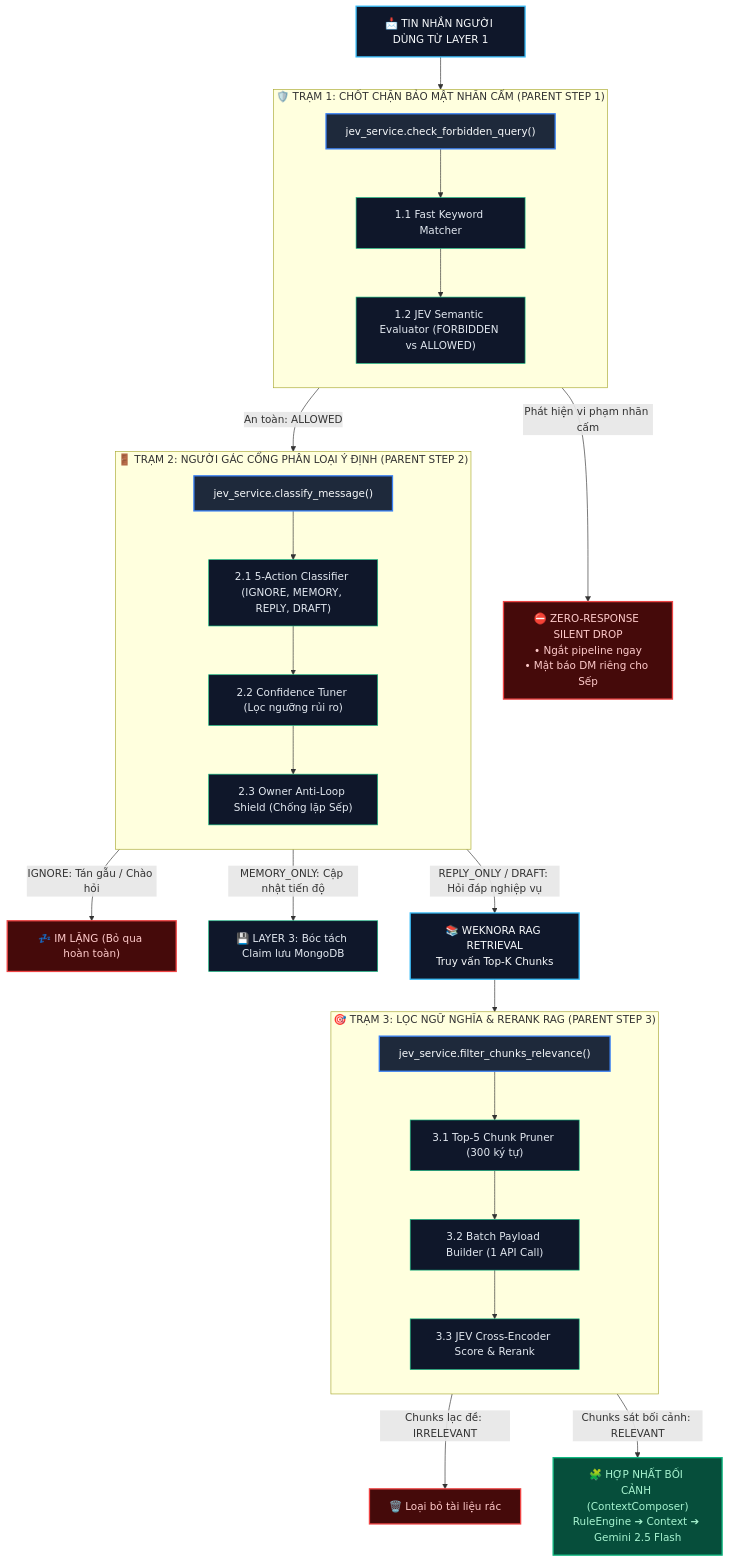
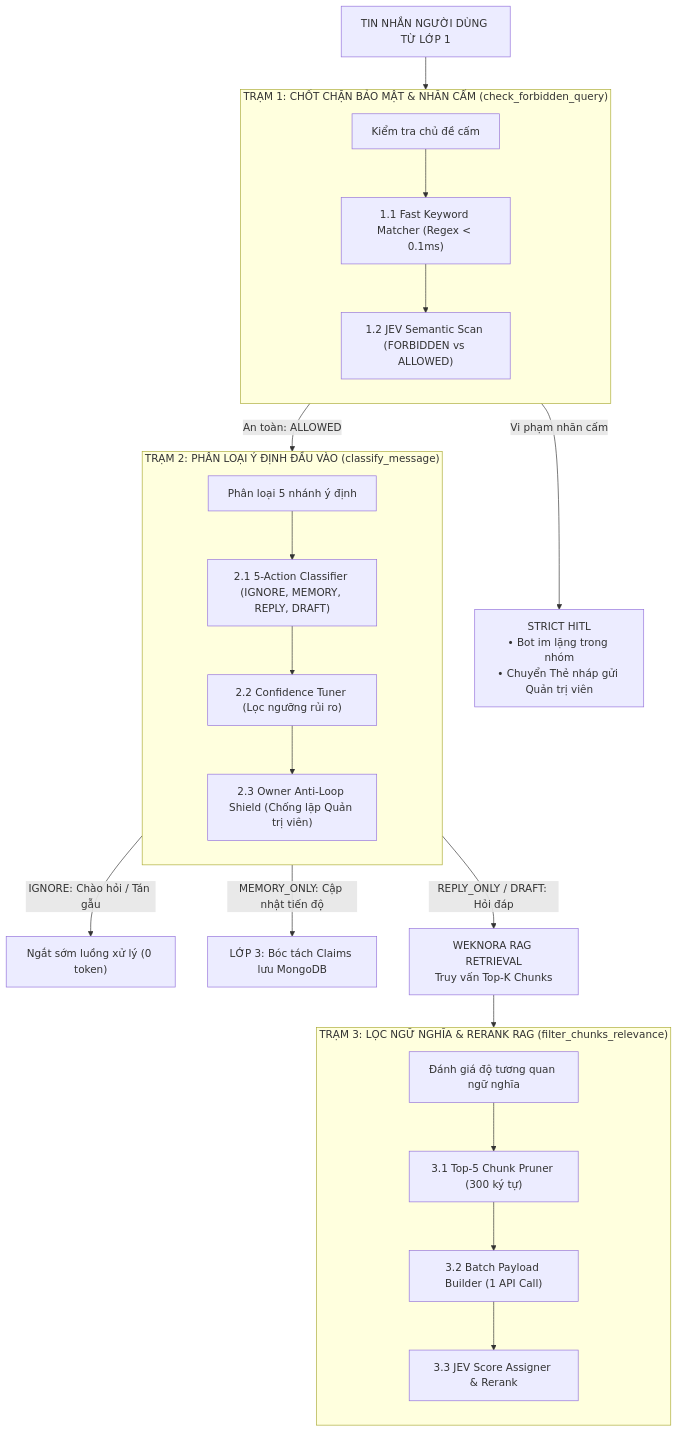
The diagram in server/docs/jev/README.md (tetsde/LarkAssistant), drawn with Mermaid before and after one commit. The commit also changed other lines of this file and 20 other files, not shown here.

Commit message:
docs: update architecture documentation and diagrams

````diff
--- a/server/docs/jev/README.md
+++ b/server/docs/jev/README.md
@@ -56,48 +25,39 @@
 ```mermaid
 flowchart TD
-    classDef rootBox fill:#0f172a,stroke:#38bdf8,stroke-width:2px,color:#f8fafc;
-    classDef parentBox fill:#1e293b,stroke:#3b82f6,stroke-width:2px,color:#f8fafc;
-    classDef utilBox fill:#0f172a,stroke:#10b981,stroke-width:1px,color:#e2e8f0;
-    classDef alertBox fill:#450a0a,stroke:#ef4444,stroke-width:2px,color:#fecaca;
-    classDef successBox fill:#064e3b,stroke:#10b981,stroke-width:2px,color:#a7f3d0;
+    MSG["TIN NHẮN NGƯỜI DÙNG TỪ LỚP 1"] --> P1
 
-    MSG["📩 TIN NHẮN NGƯỜI DÙNG TỪ LAYER 1"]:::rootBox --> P1
-
-    subgraph TRẠM_1["🛡️ TRẠM 1: CHỐT CHẶN BẢO MẬT NHÃN CẤM (PARENT STEP 1)"]
+    subgraph T1["TRẠM 1: CHỐT CHẶN BẢO MẬT & NHÃN CẤM (check_forbidden_query)"]
         direction TB
-        P1["jev_service.check_forbidden_query()"]:::parentBox
-        U1_1["1.1 Fast Keyword Matcher"]:::utilBox
-        U1_2["1.2 JEV Semantic Evaluator (FORBIDDEN vs ALLOWED)"]:::utilBox
+        P1["Kiểm tra chủ đề cấm"]
+        U1_1["1.1 Fast Keyword Matcher (Regex < 0.1ms)"]
+        U1_2["1.2 JEV Semantic Scan (FORBIDDEN vs ALLOWED)"]
         P1 --> U1_1 --> U1_2
     end
 
-    U1_2 -->|Phát hiện vi phạm nhãn cấm| DROP["⛔ ZERO-RESPONSE SILENT DROP<br/>• Ngắt pipeline ngay<br/>• Mật báo DM riêng cho Sếp"]:::alertBox
+    U1_2 -->|Vi phạm nhãn cấm| DROP["STRICT HITL<br/>• Bot im lặng trong nhóm<br/>• Chuyển Thẻ nháp gửi Quản trị viên"]
     U1_2 -->|An toàn: ALLOWED| P2
 
-    subgraph TRẠM_2["🚪 TRẠM 2: NGƯỜI GÁC CỔNG PHÂN LOẠI Ý ĐỊNH (PARENT STEP 2)"]
+    subgraph T2["TRẠM 2: PHÂN LOẠI Ý ĐỊNH ĐẦU VÀO (classify_message)"]
         direction TB
-        P2["jev_service.classify_message()"]:::parentBox
-        U2_1["2.1 5-Action Classifier (IGNORE, MEMORY, REPLY, DRAFT)"]:::utilBox
-        U2_2["2.2 Confidence Tuner (Lọc ngưỡng rủi ro)"]:::utilBox
-        U2_3["2.3 Owner Anti-Loop Shield (Chống lặp Sếp)"]:::utilBox
+        P2["Phân loại 5 nhánh ý định"]
+        U2_1["2.1 5-Action Classifier (IGNORE, MEMORY, REPLY, DRAFT)"]
+        U2_2["2.2 Confidence Tuner (Lọc ngưỡng rủi ro)"]
+        U2_3["2.3 Owner Anti-Loop Shield (Chống lặp Quản trị viên)"]
         P2 --> U2_1 --> U2_2 --> U2_3
     end
 
-    U2_3 -->|IGNORE: Tán gẫu / Chào hỏi| IG["💤 IM LẶNG (Bỏ qua hoàn toàn)"]:::alertBox
-    U2_3 -->|MEMORY_ONLY: Cập nhật tiến độ| MEM["💾 LAYER 3: Bóc tách Claim lưu MongoDB"]:::utilBox
-    U2_3 -->|REPLY_ONLY / DRAFT: Hỏi đáp nghiệp vụ| RAG["📚 WEKNORA RAG RETRIEVAL<br/>Truy vấn Top-K Chunks"]:::rootBox
+    U2_3 -->|IGNORE: Chào hỏi / Tán gẫu| IG["Ngắt sớm luồng xử lý (0 token)"]
+    U2_3 -->|MEMORY_ONLY: Cập nhật tiến độ| MEM["LỚP 3: Bóc tách Claims lưu MongoDB"]
+    U2_3 -->|REPLY_ONLY / DRAFT: Hỏi đáp| RAG["WEKNORA RAG RETRIEVAL<br/>Truy vấn Top-K Chunks"]
 
     RAG --> P3
 
-    subgraph TRẠM_3["🎯 TRẠM 3: LỌC NGỮ NGHĨA & RERANK RAG (PARENT STEP 3)"]
+    subgraph T3["TRẠM 3: LỌC NGỮ NGHĨA & RERANK RAG (filter_chunks_relevance)"]
         direction TB
-        P3["jev_service.filter_chunks_relevance()"]:::parentBox
-        U3_1["3.1 Top-5 Chunk Pruner (300 ký tự)"]:::utilBox
-        U3_2["3.2 Batch Payload Builder (1 API Call)"]:::utilBox
-        U3_3["3.3 JEV Cross-Encoder Score & Rerank"]:::utilBox
+        P3["Đánh giá độ tương quan ngữ nghĩa"]
+        U3_1["3.1 Top-5 Chunk Pruner (300 ký tự)"]
+        U3_2["3.2 Batch Payload Builder (1 API Call)"]
+        U3_3["3.3 JEV Score Assigner & Rerank"]
         P3 --> U3_1 --> U3_2 --> U3_3
     end
-
-    U3_3 -->|Chunks lạc đề: IRRELEVANT| TRASH["🗑️ Loại bỏ tài liệu rác"]:::alertBox
-    U3_3 -->|Chunks sát bối cảnh: RELEVANT| CONTEXT["🧩 HỢP NHẤT BỐI CẢNH (ContextComposer)<br/>RuleEngine ➔ Context ➔ Gemini 2.5 Flash"]:::successBox
 ```
````
